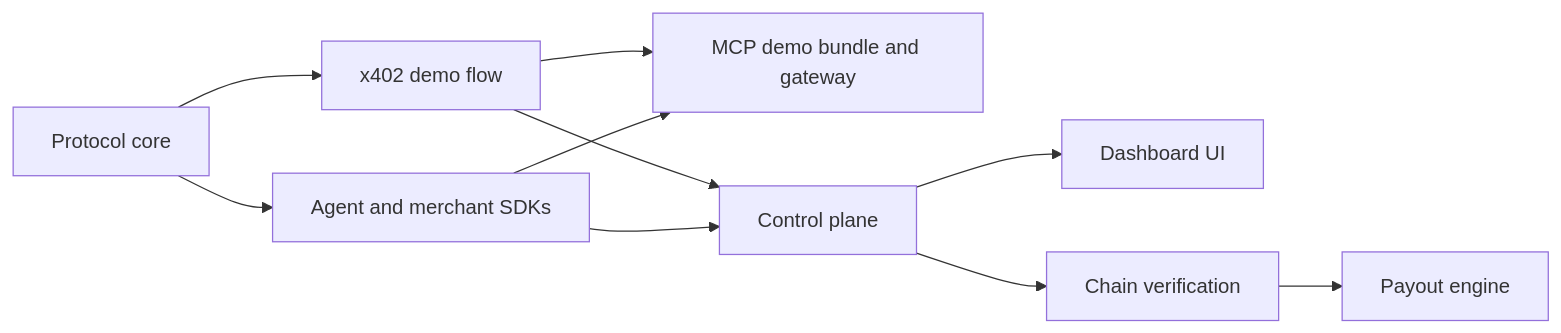
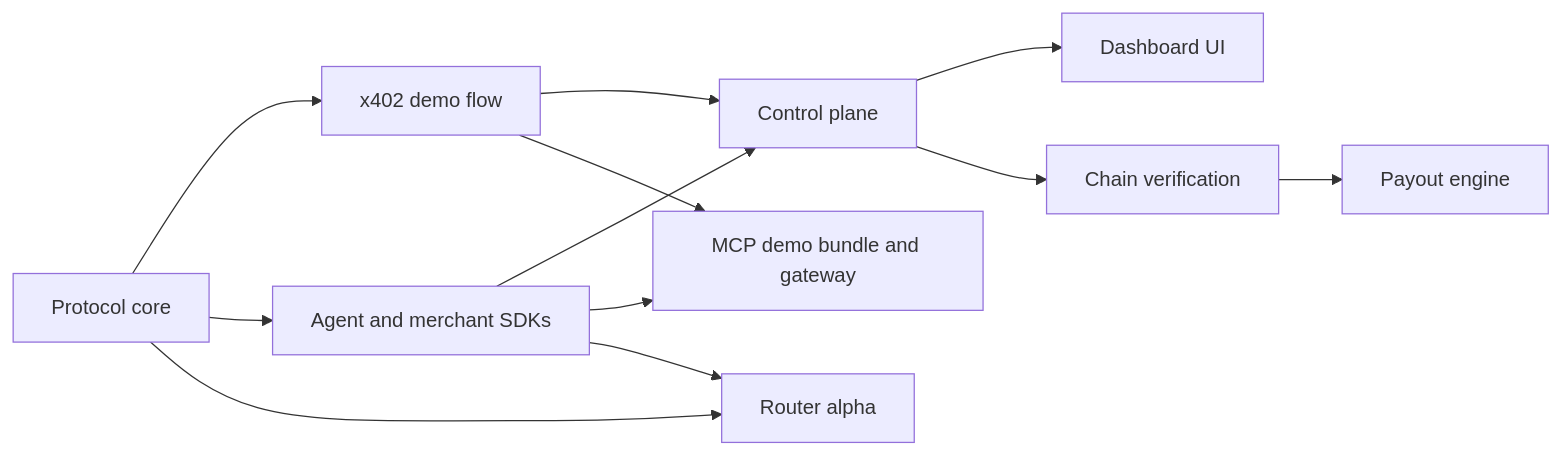
One commit to split402protocol/splitx402 changed the diagram in docs/CURRENT_STATE.md. Above: the diagram before and after it, drawn with Mermaid. The commit also changed other lines of this file and 10 other files, not shown here.

Commit message:
Add router alpha package

````diff
--- a/docs/CURRENT_STATE.md
+++ b/docs/CURRENT_STATE.md
@@ -15,21 +15,24 @@
 ```mermaid
 flowchart LR
   Protocol["Protocol core"]
   Demo["x402 demo flow"]
   SDKs["Agent and merchant SDKs"]
+  Router["Router alpha"]
   Mcp["MCP demo bundle and gateway"]
   Dashboard["Dashboard UI"]
   Control["Control plane"]
   Verification["Chain verification"]
   Payouts["Payout engine"]
 
   Protocol --> Demo
   Protocol --> SDKs
+  Protocol --> Router
   Demo --> Control
   Demo --> Mcp
   SDKs --> Control
   SDKs --> Mcp
+  SDKs --> Router
   Control --> Dashboard
   Control --> Verification
   Verification --> Payouts
 ```
````
